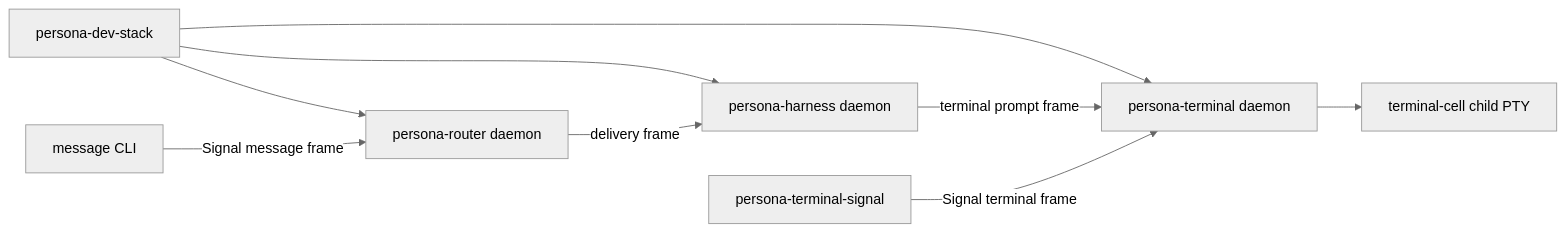
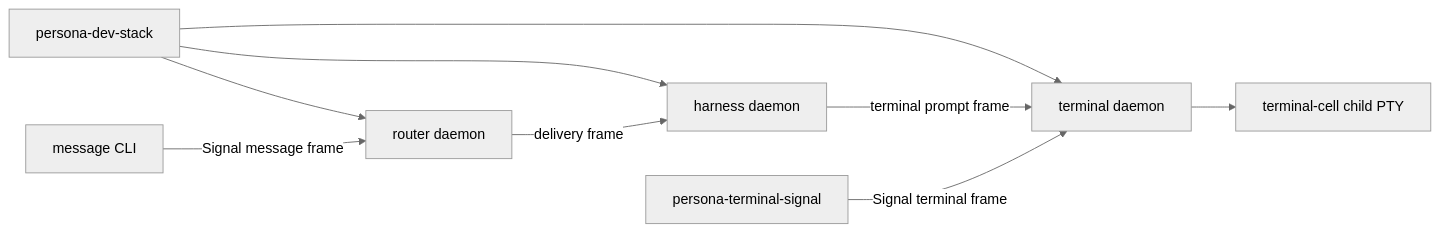
Before and after one commit to LiGoldragon/persona: the fifth of 9 diagrams in ARCHITECTURE.md, drawn with Mermaid (neutral theme). The commit also changed other lines of this file, not shown here.

````diff
--- a/ARCHITECTURE.md
+++ b/ARCHITECTURE.md
@@ -873,19 +873,19 @@
 ```mermaid
 graph LR
     dev["persona-dev-stack"]
-    router["persona-router daemon"]
-    harness["persona-harness daemon"]
-    terminal["persona-terminal daemon"]
+    router["router daemon"]
+    harness["harness daemon"]
+    terminal["terminal daemon"]
     message["message CLI"]
     terminal_signal["persona-terminal-signal"]
     pty["terminal-cell child PTY"]
 
     dev --> router
     dev --> harness
     dev --> terminal
     message -->|"Signal message frame"| router
     router -->|"delivery frame"| harness
     harness -->|"terminal prompt frame"| terminal
     terminal_signal -->|"Signal terminal frame"| terminal
     terminal --> pty
 ```
````
